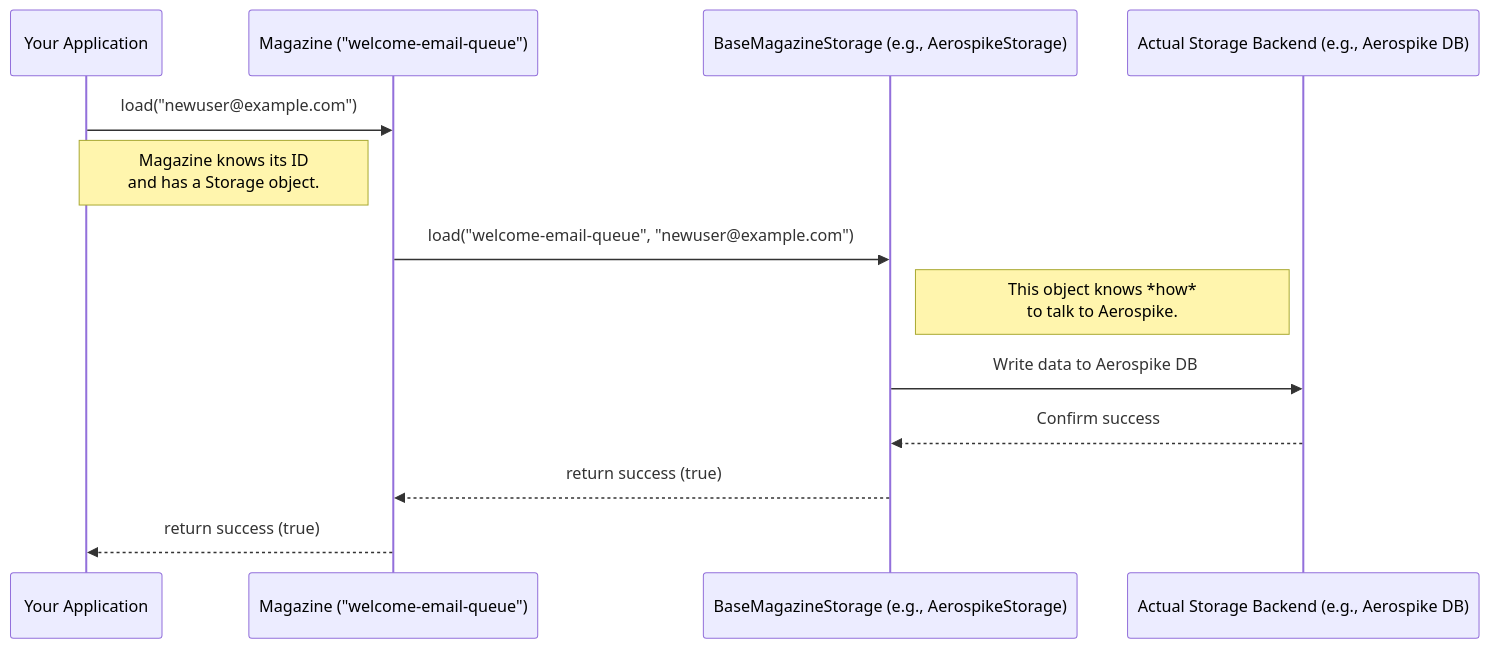
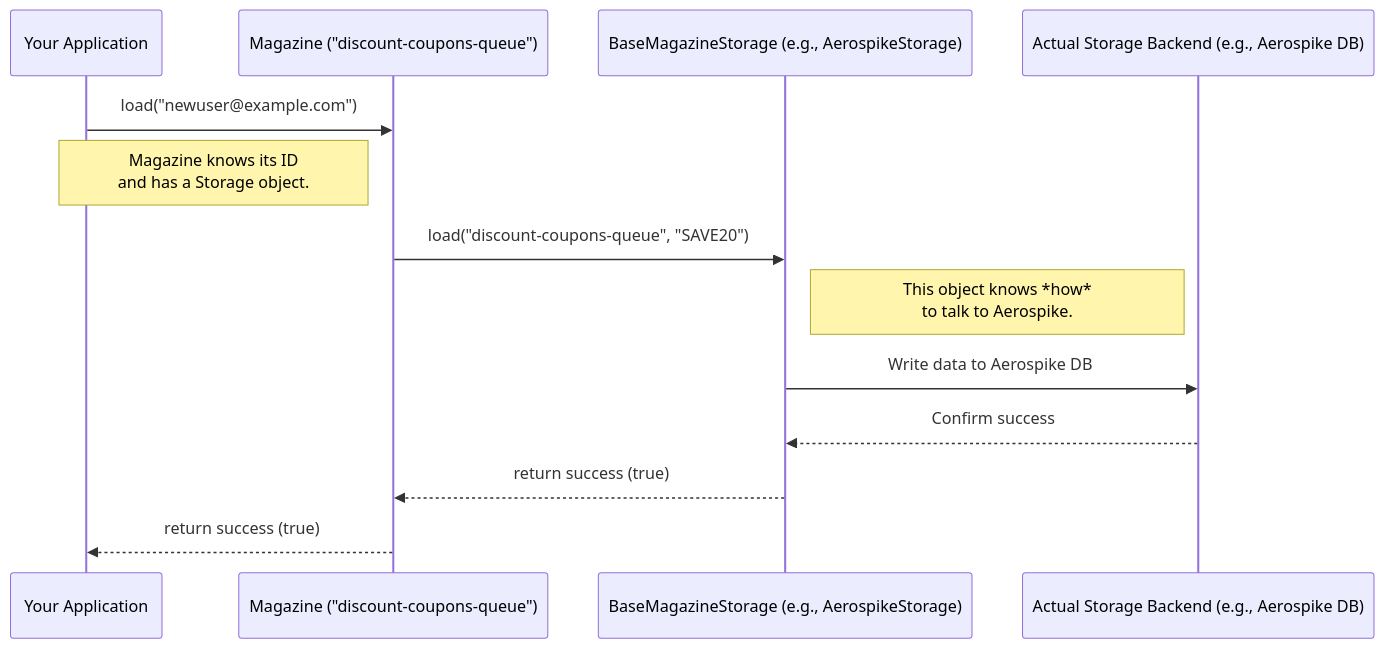
The diagram in tutorials/base_magazine_storage__storage_strategy.md (PhonePe/Magazine), drawn with Mermaid before and after one commit. The commit also changed other lines of this file and 6 other files, not shown here.

````diff
--- a/tutorials/base_magazine_storage__storage_strategy.md
+++ b/tutorials/base_magazine_storage__storage_strategy.md
@@ -49,16 +49,16 @@
 ```mermaid
 sequenceDiagram
     participant App as Your Application
-    participant Mag as Magazine ("welcome-email-queue")
+    participant Mag as Magazine ("discount-coupons-queue")
     participant Storage as BaseMagazineStorage (e.g., AerospikeStorage)
     participant DataStore as Actual Storage Backend (e.g., Aerospike DB)
 
     App ->> Mag: load("newuser@example.com")
     Note left of Mag: Magazine knows its ID<br/>and has a Storage object.
-    Mag ->> Storage: load("welcome-email-queue", "newuser@example.com")
+    Mag ->> Storage: load("discount-coupons-queue", "SAVE20")
     Note right of Storage: This object knows *how*<br/>to talk to Aerospike.
     Storage ->> DataStore: Write data to Aerospike DB
     DataStore -->> Storage: Confirm success
     Storage -->> Mag: return success (true)
     Mag -->> App: return success (true)
 ```
````
